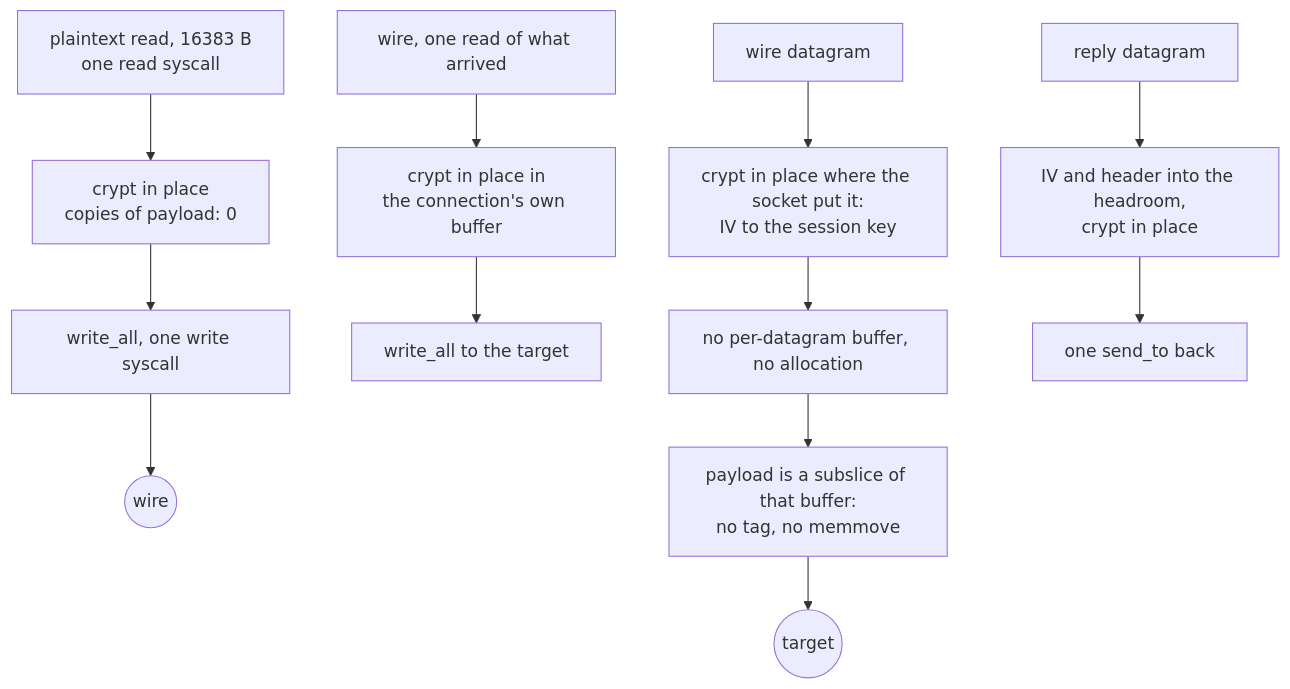
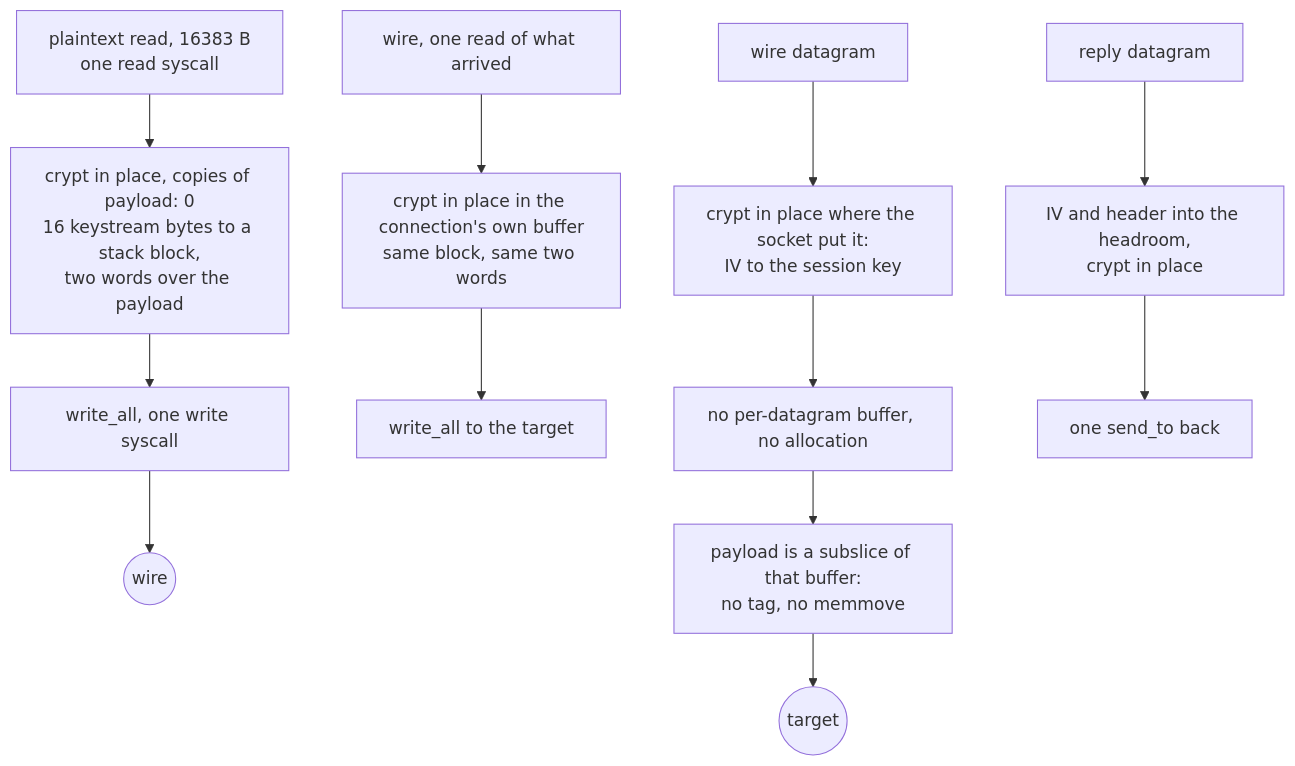
The second of 2 diagrams in docs/function/shadowsocks.md (Ferrocite/ferrox), drawn with Mermaid before and after one commit. The commit also changed other lines of this file and 1 other file, not shown here.

First line of the commit message:
shadowsocks: fold the keystream block over the payload, so the byte loop walks only the state

````diff
--- a/docs/function/shadowsocks.md
+++ b/docs/function/shadowsocks.md
@@ -79,14 +79,14 @@
 ```mermaid
 graph TD
-    A["plaintext read, 16383 B<br/>one read syscall"] --> B["crypt in place<br/>copies of payload: 0"]
+    A["plaintext read, 16383 B<br/>one read syscall"] --> B["crypt in place, copies of payload: 0<br/>16 keystream bytes to a stack block,<br/>two words over the payload"]
     B --> C["write_all, one write syscall"]
     C --> D(("wire"))
-    E["wire, one read of what arrived"] --> F["crypt in place in<br/>the connection's own buffer"]
+    E["wire, one read of what arrived"] --> F["crypt in place in the connection's own buffer<br/>same block, same two words"]
     F --> G["write_all to the target"]
     H["wire datagram"] --> I["crypt in place where the socket put it:<br/>IV to the session key"]
     I --> J["no per-datagram buffer, no allocation"]
     J --> K["payload is a subslice of that buffer:<br/>no tag, no memmove"]
     K --> L(("target"))
     M["reply datagram"] --> N["IV and header into the headroom,<br/>crypt in place"]
     N --> O["one send_to back"]
 ```
````
